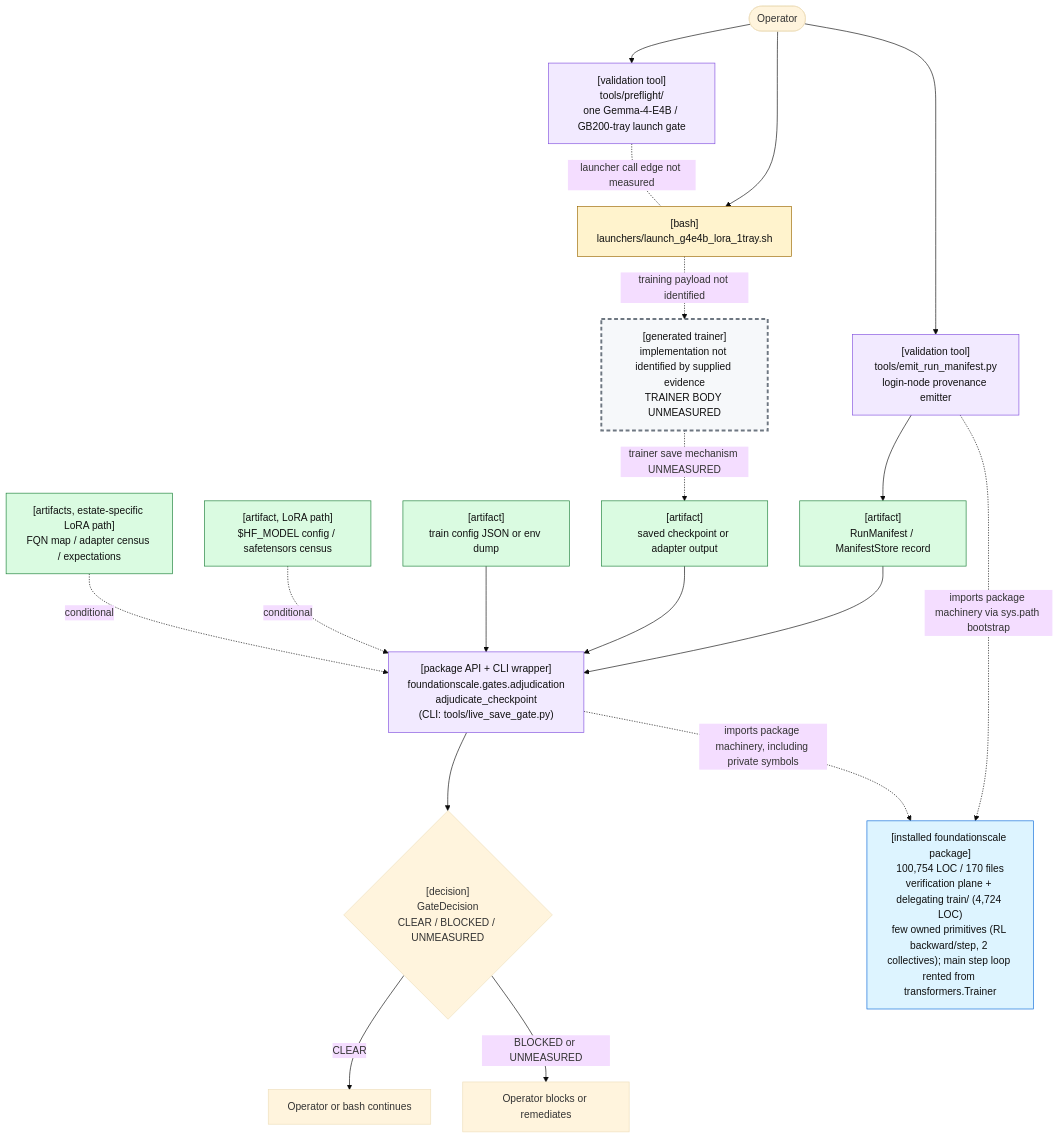
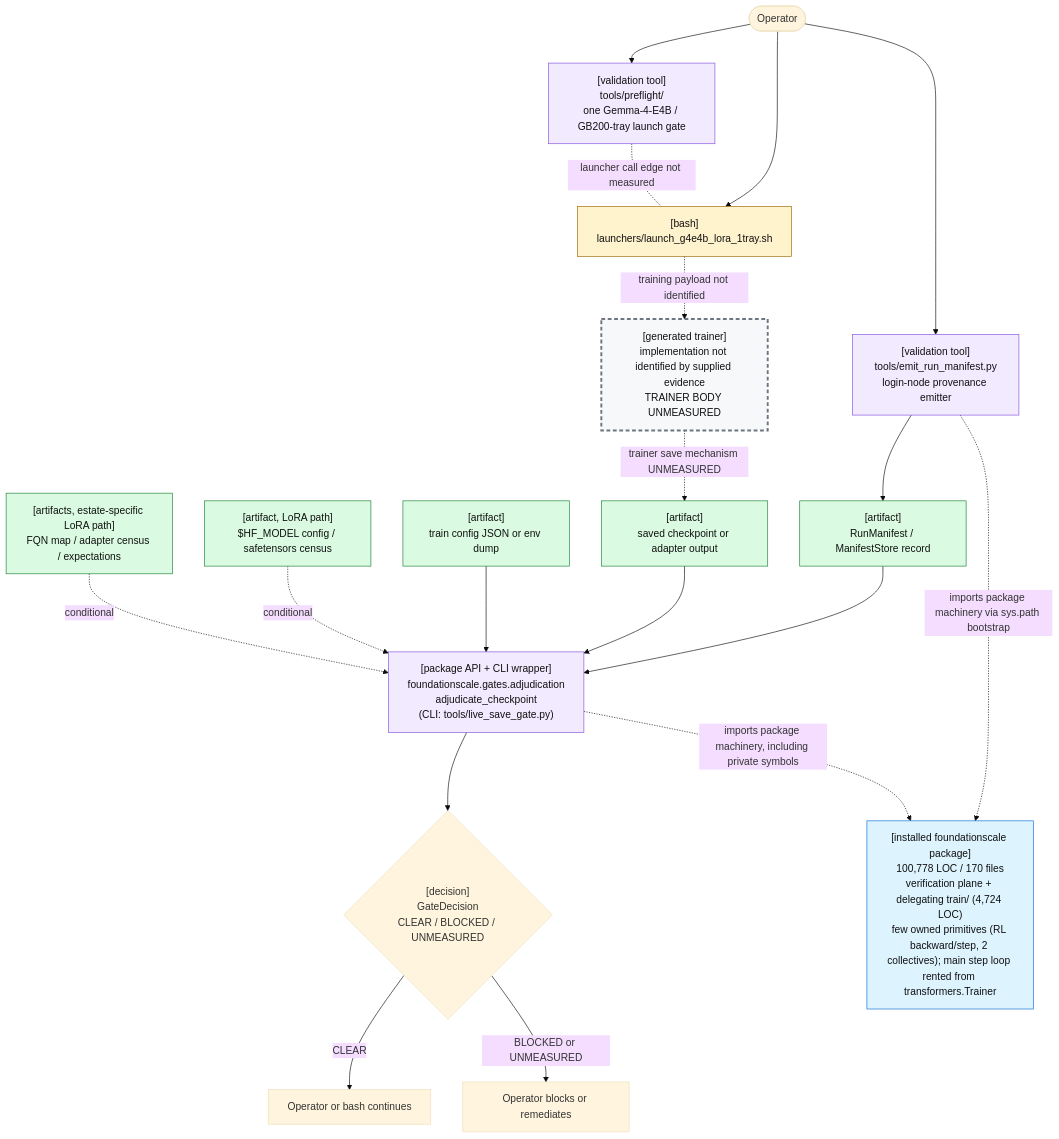
Before and after one commit to TranNhiem/FoundationScale: the first of 2 diagrams in docs/review/D2_current_architecture.md, drawn with Mermaid (base theme). The commit also changed other lines of this file and 10 other files, not shown here.

````diff
--- a/docs/review/D2_current_architecture.md
+++ b/docs/review/D2_current_architecture.md
@@ -25,59 +25,59 @@
 ```mermaid
 flowchart TB
   O(["Operator"])
 
   PF["[validation tool]<br/>tools/preflight/<br/>one Gemma-4-E4B / GB200-tray launch gate"]
   L["[bash]<br/>launchers/launch_g4e4b_lora_1tray.sh"]
 
   E["[validation tool]<br/>tools/emit_run_manifest.py<br/>login-node provenance emitter"]
   M["[artifact]<br/>RunManifest / ManifestStore record"]
 
   T["[generated trainer]<br/>implementation not identified by supplied evidence<br/>TRAINER BODY UNMEASURED"]
   C["[artifact]<br/>saved checkpoint or adapter output"]
 
   G["[package API + CLI wrapper]<br/>foundationscale.gates.adjudication<br/>adjudicate_checkpoint<br/>(CLI: tools/live_save_gate.py)"]
   CFG["[artifact]<br/>train config JSON or env dump"]
   BASE["[artifact, LoRA path]<br/>$HF_MODEL config / safetensors census"]
   CEN["[artifacts, estate-specific LoRA path]<br/>FQN map / adapter census / expectations"]
 
   D{"[decision]<br/>GateDecision<br/>CLEAR / BLOCKED / UNMEASURED"}
   OK["Operator or bash continues"]
   NO["Operator blocks or remediates"]
 
-  PKG["[installed foundationscale package]<br/>100,754 LOC / 170 files<br/>verification plane + delegating train/ (4,724 LOC)<br/>few owned primitives (RL backward/step, 2 collectives); main step loop rented from transformers.Trainer"]
+  PKG["[installed foundationscale package]<br/>100,778 LOC / 170 files<br/>verification plane + delegating train/ (4,724 LOC)<br/>few owned primitives (RL backward/step, 2 collectives); main step loop rented from transformers.Trainer"]
 
   O --> PF
   O --> L
   PF -. "launcher call edge not measured" .- L
 
   O --> E
   E --> M
 
   L -. "training payload not identified" .-> T
   T -. "trainer save mechanism UNMEASURED" .-> C
 
   M --> G
   C --> G
   CFG --> G
   BASE -. "conditional" .-> G
   CEN -. "conditional" .-> G
 
   E -. "imports package machinery via sys.path bootstrap" .-> PKG
   G -. "imports package machinery, including private symbols" .-> PKG
 
   G --> D
   D -->|"CLEAR"| OK
   D -->|"BLOCKED or UNMEASURED"| NO
 
   classDef bash fill:#fff3cd,stroke:#9a6700,color:#111;
   classDef tool fill:#f2eaff,stroke:#8250df,color:#111;
   classDef artifact fill:#dafbe1,stroke:#1a7f37,color:#111;
   classDef gap fill:#f6f8fa,stroke:#6e7781,stroke-width:3px,stroke-dasharray: 6 4,color:#111;
   classDef pkg fill:#ddf4ff,stroke:#0969da,color:#111;
 
   class L bash;
   class PF,E,G tool;
   class M,C,CFG,BASE,CEN artifact;
   class T gap;
   class PKG pkg;
 ```
````
